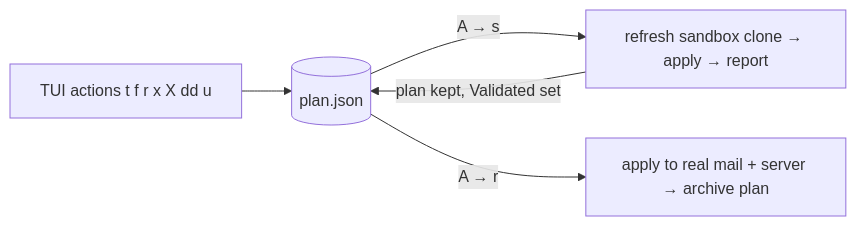
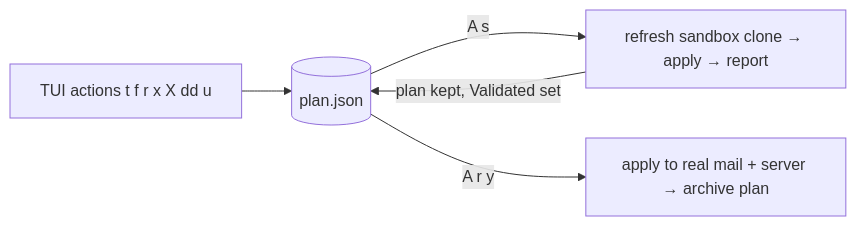
Before and after one commit to jfryman/sluice: the diagram in lode/apply/plan.md, drawn with Mermaid. The commit also changed 6 other files, not shown here.

First line of the commit message:
Write the apply key sequence vim-style as A r y

````diff
--- a/lode/apply/plan.md
+++ b/lode/apply/plan.md
@@ -9,7 +9,7 @@
 ```mermaid
 flowchart LR
   UI[TUI actions t f r x X dd u] --> P[(plan.json)]
-  P -->|A → s| SB[refresh sandbox clone → apply → report]
-  P -->|A → r| RL[apply to real mail + server → archive plan]
+  P -->|A s| SB[refresh sandbox clone → apply → report]
+  P -->|A r y| RL[apply to real mail + server → archive plan]
   SB -->|plan kept, Validated set| P
 ```
````
